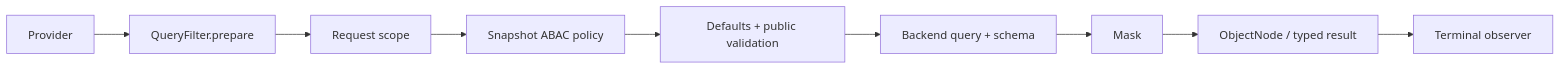
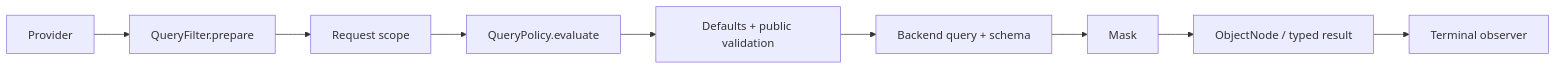
The diagram in documentation/docs/en/guide/query/query-gateway.md (Ahoo-Wang/Wow), drawn with Mermaid before and after one commit. The commit also changed other lines of this file and 53 other files, not shown here.

````diff
--- a/documentation/docs/en/guide/query/query-gateway.md
+++ b/documentation/docs/en/guide/query/query-gateway.md
@@ -23,11 +23,11 @@
 ```mermaid
 flowchart LR
     Provider --> Prepare["QueryFilter.prepare"]
     Prepare --> Scope["Request scope"]
-    Scope --> Policy["Snapshot ABAC policy"]
+    Scope --> Policy["QueryPolicy.evaluate"]
     Policy --> Validate["Defaults + public validation"]
     Validate --> Backend["Backend query + schema"]
     Backend --> Mask["Mask"]
     Mask --> Result["ObjectNode / typed result"]
     Result --> Observer["Terminal observer"]
 ```
````
